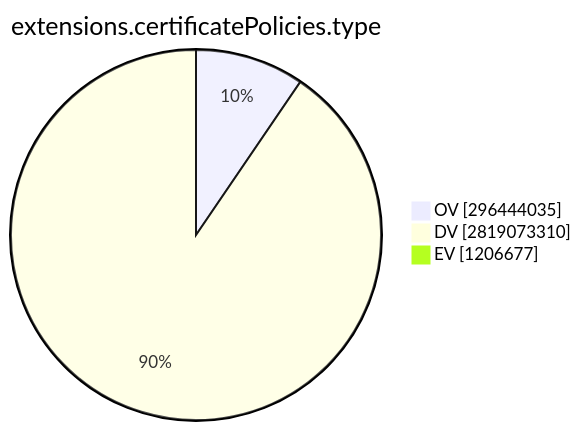
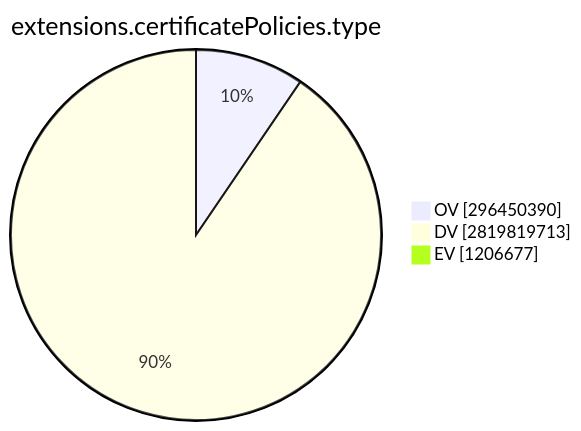
One commit to christiankrug/ctmonitor_visualization changed the ninth of 15 diagrams in TOTAL/README.md. Above: the diagram before and after it, drawn with Mermaid. The commit also changed other lines of this file, not shown here.

````diff
--- a/TOTAL/README.md
+++ b/TOTAL/README.md
@@ -3099,7 +3099,7 @@
 ```mermaid
 pie showData
 title extensions.certificatePolicies.type
-"OV" :296444035
-"DV" :2819073310
+"OV" :296450390
+"DV" :2819819713
 "EV" :1206677
 ```
````
